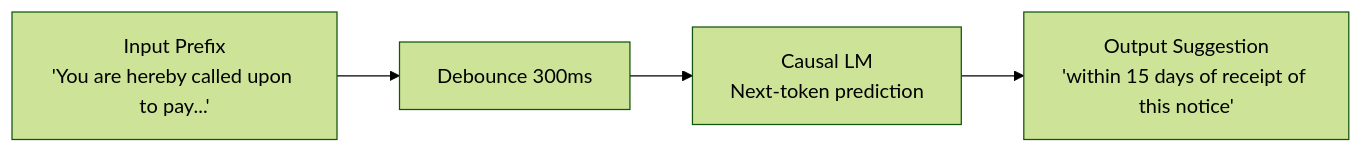
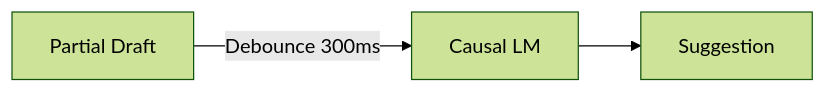
The eighth of 8 diagrams in docs/implementation.md (delisha02/droitdraft), drawn with Mermaid (forest theme) before and after one commit. The commit also changed other lines of this file, not shown here.

````diff
--- a/docs/implementation.md
+++ b/docs/implementation.md
@@ -171,9 +276,5 @@
 ```mermaid
 flowchart LR
-    ED["Input Prefix
-'You are hereby called upon to pay...' "] --> DB["Debounce 300ms"]
-    DB --> CLM["Causal LM
-Next-token prediction"]
-    CLM --> SG["Output Suggestion
-'within 15 days of receipt of this notice'"]
+    PD["Partial Draft"] --> |"Debounce 300ms"| CLM["Causal LM"]
+    CLM --> SUG["Suggestion"]
 ```
````
